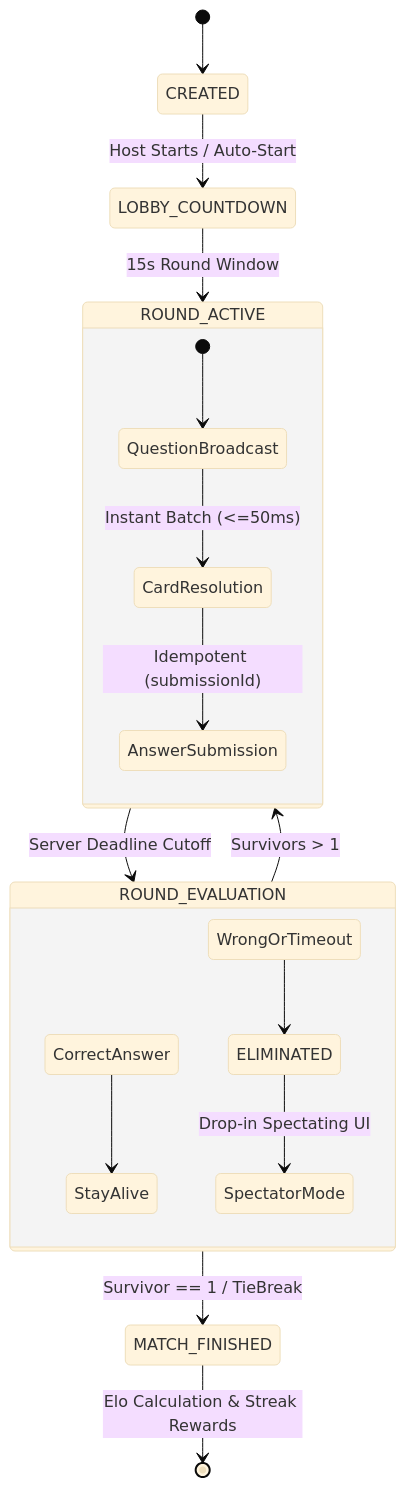
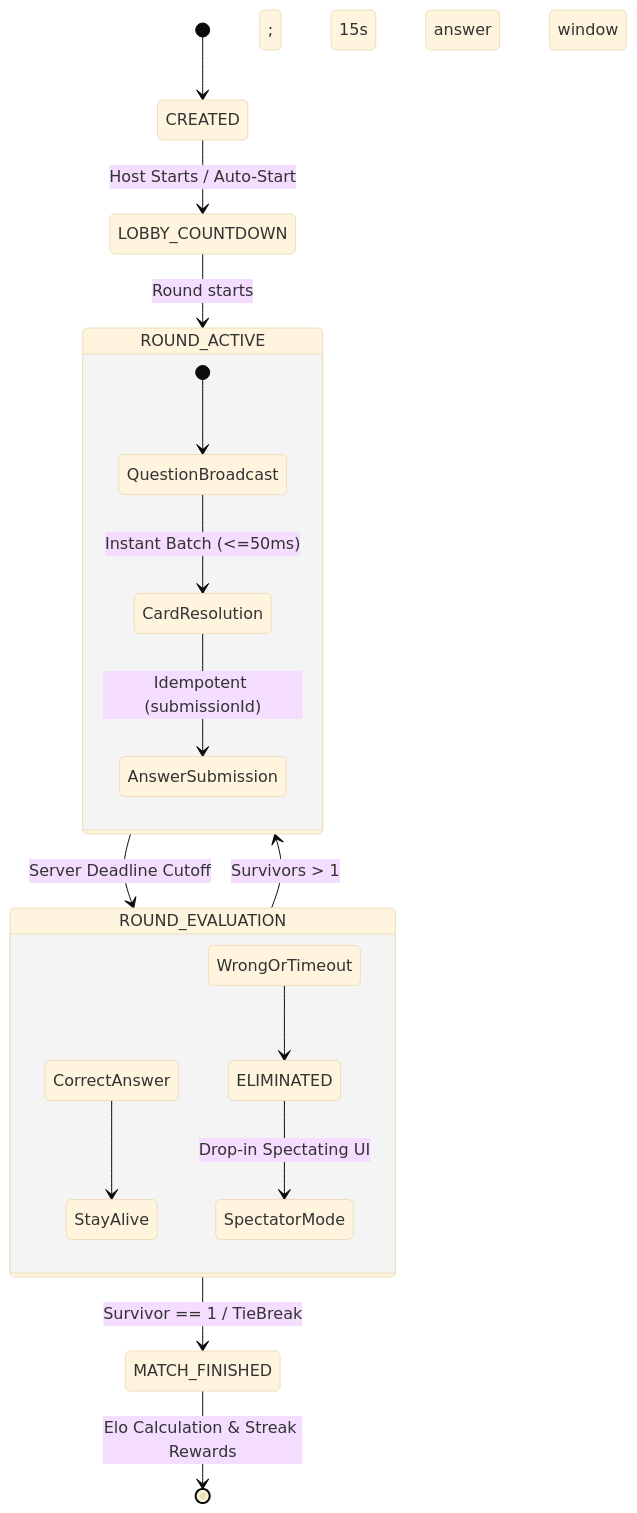
One commit to Zayn-Hargreaves/the-arena-of-100 changed the second of 2 diagrams in memory-bank/systemPatterns.md. Above: the diagram before and after it, drawn with Mermaid (base theme). The commit also changed other lines of this file and 4 other files, not shown here.

````diff
--- a/memory-bank/systemPatterns.md
+++ b/memory-bank/systemPatterns.md
@@ -60,24 +60,24 @@
 ```mermaid
 stateDiagram-v2
     [*] --> CREATED
     CREATED --> LOBBY_COUNTDOWN: Host Starts / Auto-Start
-    LOBBY_COUNTDOWN --> ROUND_ACTIVE: 15s Round Window
+    LOBBY_COUNTDOWN --> ROUND_ACTIVE: Round starts; 15s answer window
 
     state ROUND_ACTIVE {
         [*] --> QuestionBroadcast
         QuestionBroadcast --> CardResolution: Instant Batch (<=50ms)
         CardResolution --> AnswerSubmission: Idempotent (submissionId)
     }
 
     ROUND_ACTIVE --> ROUND_EVALUATION: Server Deadline Cutoff
 
     state ROUND_EVALUATION {
         CorrectAnswer --> StayAlive
         WrongOrTimeout --> ELIMINATED
         ELIMINATED --> SpectatorMode: Drop-in Spectating UI
     }
 
     ROUND_EVALUATION --> ROUND_ACTIVE: Survivors > 1
     ROUND_EVALUATION --> MATCH_FINISHED: Survivor == 1 / TieBreak
     MATCH_FINISHED --> [*]: Elo Calculation & Streak Rewards
 ```
````
